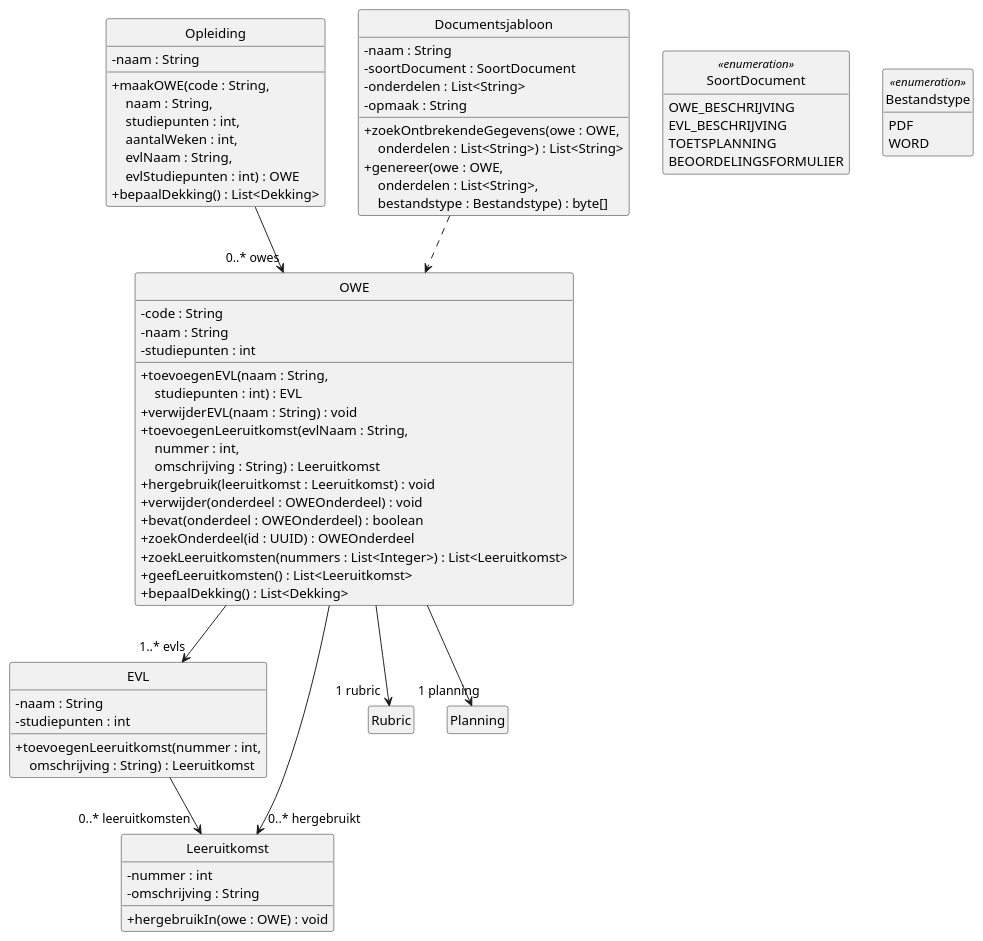
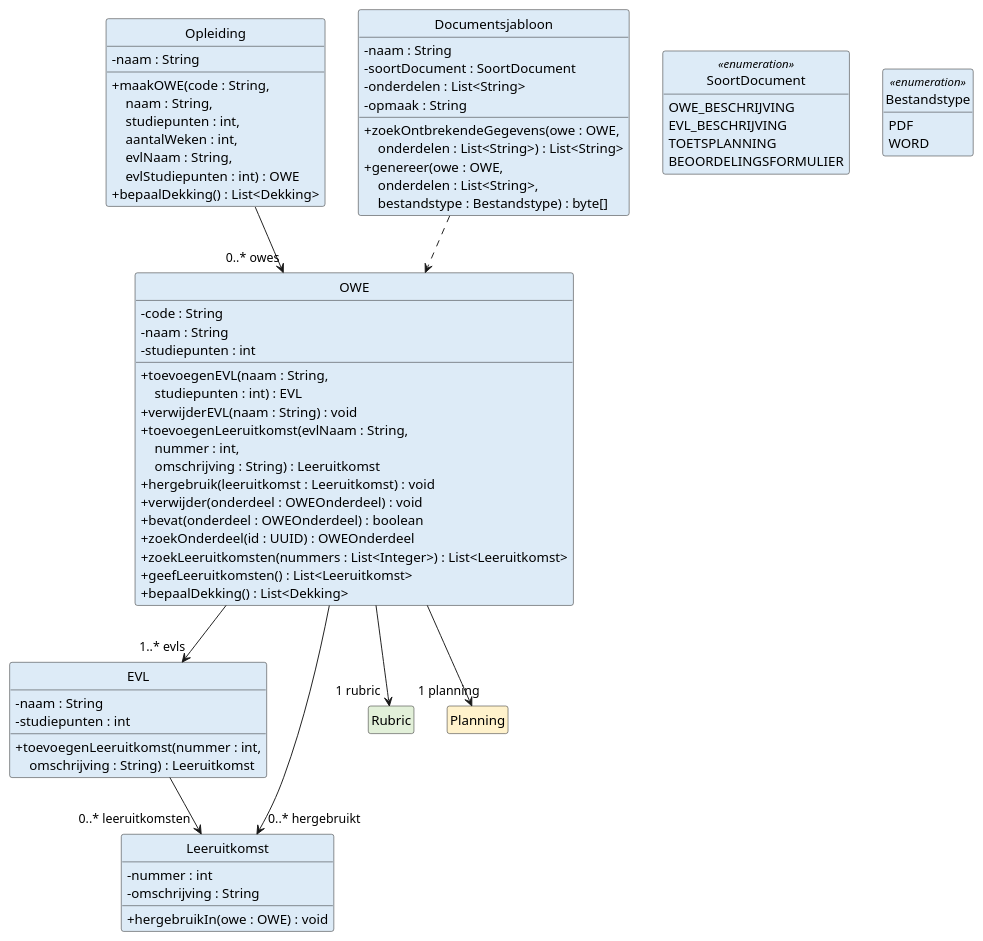
Before and after one commit to HAN-Craftsmanship-KL-JJG/casus: the diagram in docs/diagrams/klassendiagram-owe.puml, drawn with PlantUML. The commit also changed 12 other files, not shown here.

First line of the commit message:
docs: colour each class by the diagram that defines it

```diff
--- a/docs/diagrams/klassendiagram-owe.puml
+++ b/docs/diagrams/klassendiagram-owe.puml
@@ -1,88 +1,89 @@
 @startuml klassendiagram-owe
 ' Design class diagram van ICDE: OWE en documentsjabloon. Toelichting: docs/07-klassendiagram.md
 ' Getters en setters staan er niet in, zoals bij Larman (7.6).
 ' Een klasse zonder attributen en operaties staat volledig in een ander klassendiagram.
+' De kleur van een klasse is de kleur van het diagram waarin ze volledig staat.
 skinparam style strictuml
 skinparam shadowing false
 skinparam defaultFontName Helvetica
 skinparam classAttributeIconSize 0
 hide empty members
 
-class Opleiding {
+class Opleiding #DDEBF7 {
   - naam : String
   + maakOWE(code : String,\n    \
 naam : String,\n    \
 studiepunten : int,\n    \
 aantalWeken : int,\n    \
 evlNaam : String,\n    \
 evlStudiepunten : int) : OWE
   + bepaalDekking() : List<Dekking>
 }
 
-class OWE {
+class OWE #DDEBF7 {
   - code : String
   - naam : String
   - studiepunten : int
   + toevoegenEVL(naam : String,\n    \
 studiepunten : int) : EVL
   + verwijderEVL(naam : String) : void
   + toevoegenLeeruitkomst(evlNaam : String,\n    \
 nummer : int,\n    \
 omschrijving : String) : Leeruitkomst
   + hergebruik(leeruitkomst : Leeruitkomst) : void
   + verwijder(onderdeel : OWEOnderdeel) : void
   + bevat(onderdeel : OWEOnderdeel) : boolean
   + zoekOnderdeel(id : UUID) : OWEOnderdeel
   + zoekLeeruitkomsten(nummers : List<Integer>) : List<Leeruitkomst>
   + geefLeeruitkomsten() : List<Leeruitkomst>
   + bepaalDekking() : List<Dekking>
 }
 
-class EVL {
+class EVL #DDEBF7 {
   - naam : String
   - studiepunten : int
   + toevoegenLeeruitkomst(nummer : int,\n    \
 omschrijving : String) : Leeruitkomst
 }
 
-class Leeruitkomst {
+class Leeruitkomst #DDEBF7 {
   - nummer : int
   - omschrijving : String
   + hergebruikIn(owe : OWE) : void
 }
 
-class Documentsjabloon {
+class Documentsjabloon #DDEBF7 {
   - naam : String
   - soortDocument : SoortDocument
   - onderdelen : List<String>
   - opmaak : String
   + zoekOntbrekendeGegevens(owe : OWE,\n    \
 onderdelen : List<String>) : List<String>
   + genereer(owe : OWE,\n    \
 onderdelen : List<String>,\n    \
 bestandstype : Bestandstype) : byte[]
 }
 
-enum SoortDocument <<enumeration>> {
+enum SoortDocument <<enumeration>> #DDEBF7 {
   OWE_BESCHRIJVING
   EVL_BESCHRIJVING
   TOETSPLANNING
   BEOORDELINGSFORMULIER
 }
 
-enum Bestandstype <<enumeration>> {
+enum Bestandstype <<enumeration>> #DDEBF7 {
   PDF
   WORD
 }
 
-class Rubric
-class Planning
+class Rubric #E2F0D9
+class Planning #FFF2CC
 
 Opleiding --> "0..* owes" OWE
 OWE --> "1..* evls" EVL
 OWE --> "1 rubric" Rubric
 OWE --> "1 planning" Planning
 OWE --> "0..* hergebruikt" Leeruitkomst
 EVL --> "0..* leeruitkomsten" Leeruitkomst
 Documentsjabloon ..> OWE
 @enduml
```
